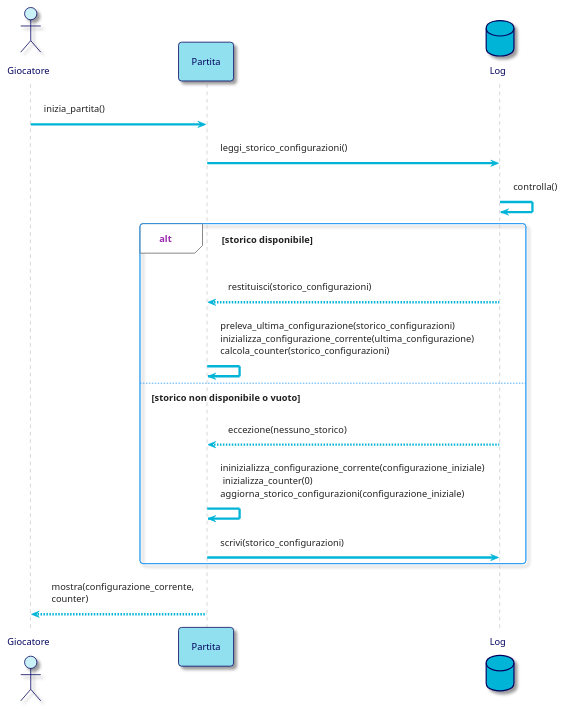
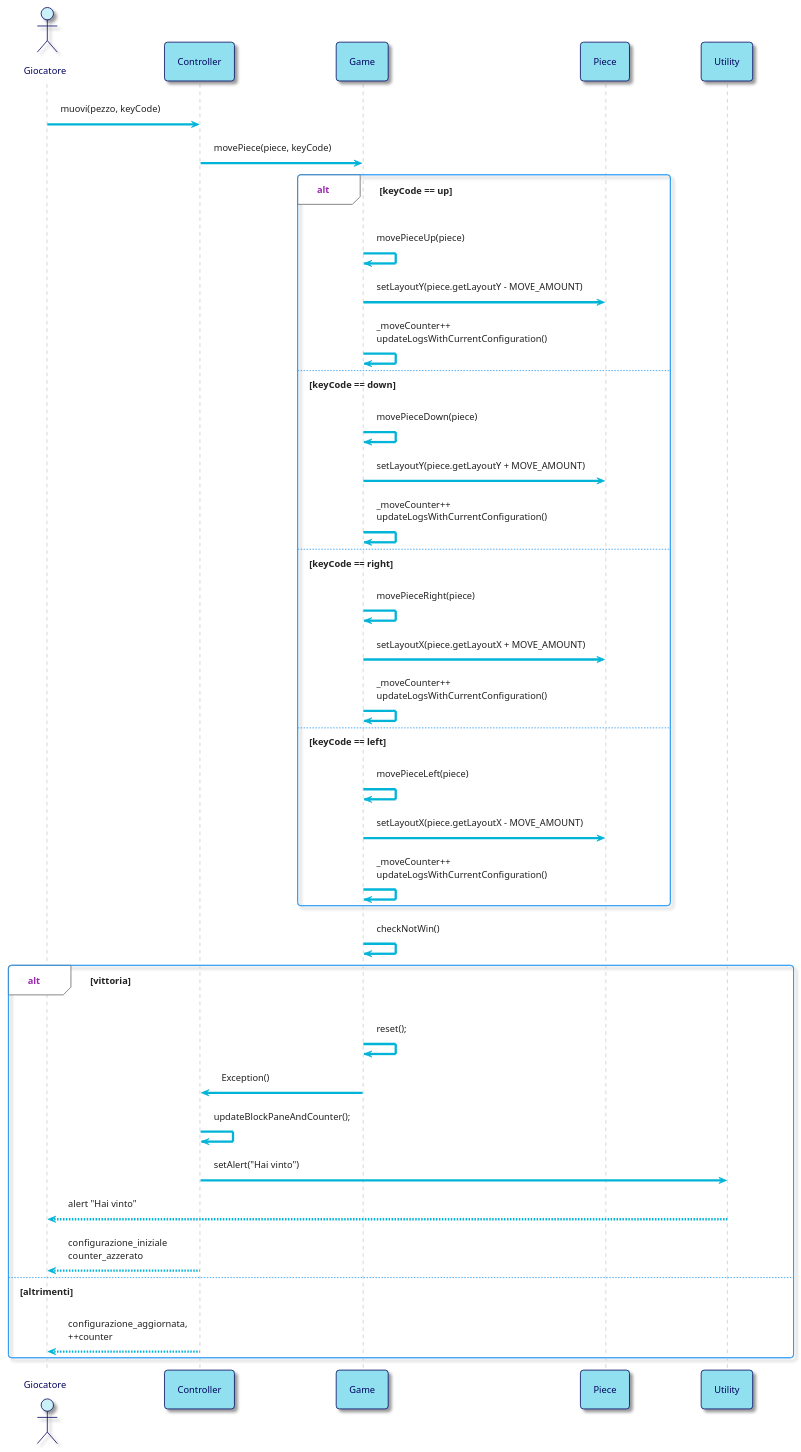
Before and after one commit to bellins14/klotski_gruppo2: the second of 7 diagrams in resources/Sequence_Diagrams.md, drawn with PlantUML. The commit also changed other lines of this file, not shown here.

````diff
--- a/resources/Sequence_Diagrams.md
+++ b/resources/Sequence_Diagrams.md
@@ -89,40 +91,70 @@
 ```plantuml
 @startuml
 !theme materia-outline
 
 skinparam ArrowColor #00B4D8
 skinparam ActorBorderColor #03045E
 skinparam ActorFontColor #03045E
 skinparam ActorBackgroundColor #CAF0F8
 skinparam ParticipantFontColor #03045E
 skinparam ParticipantBorderColor #03045E
 skinparam ParticipantBackgroundColor #90E0EF
 skinparam DatabaseBorderColor #03045E
 skinparam DatabaseBackgroundColor #00B4D8
 skinparam DatabaseFontColor #03045E
 skinparam BackgroundColor #FFFFFF
 
 actor Giocatore 
-participant Partita
-database Log
-
-Giocatore -> Partita: inizia_partita()
-
-Partita -> Log: leggi_storico_configurazioni()
-Log -> Log: controlla()
+participant Controller
+participant Game
+participant Piece
 
 
-alt storico disponibile
-    Log --> Partita: restituisci(storico_configurazioni)
-    Partita -> Partita: preleva_ultima_configurazione(storico_configurazioni) \ninizializza_configurazione_corrente(ultima_configurazione) \ncalcola_counter(storico_configurazioni)
+Giocatore -> Controller: muovi(pezzo, keyCode)
+Controller -> Game: movePiece(piece, keyCode)
+alt keyCode == up
+Game -> Game: movePieceUp(piece)
 
-else storico non disponibile o vuoto
-    Log --> Partita: eccezione(nessuno_storico)
-    Partita -> Partita: ininizializza_configurazione_corrente(configurazione_iniziale) \n inizializza_counter(0) \naggiorna_storico_configurazioni(configurazione_iniziale)
-    Partita -> Log: scrivi(storico_configurazioni)
+Game -> Piece: setLayoutY(piece.getLayoutY - MOVE_AMOUNT)
+Game -> Game: _moveCounter++ \nupdateLogsWithCurrentConfiguration()
+
+else keyCode == down 
+Game -> Game: movePieceDown(piece)
+
+Game -> Piece: setLayoutY(piece.getLayoutY + MOVE_AMOUNT)
+Game -> Game: _moveCounter++ \nupdateLogsWithCurrentConfiguration()
+
+else keyCode == right 
+Game -> Game: movePieceRight(piece)
+
+Game -> Piece: setLayoutX(piece.getLayoutX + MOVE_AMOUNT)
+Game -> Game: _moveCounter++ \nupdateLogsWithCurrentConfiguration()
+
+else keyCode == left 
+Game -> Game: movePieceLeft(piece)
+
+Game -> Piece: setLayoutX(piece.getLayoutX - MOVE_AMOUNT)
+Game -> Game: _moveCounter++ \nupdateLogsWithCurrentConfiguration()
+
 end
 
-Partita --> Giocatore: mostra(configurazione_corrente,\ncounter)
+Game -> Game: checkNotWin()
+
+alt vittoria
+Game -> Game: reset();
+Game -> Controller: Exception()
+Controller -> Controller: updateBlockPaneAndCounter();
+Controller -> Utility: setAlert("Hai vinto")
+Utility --> Giocatore: alert "Hai vinto"
+Controller-->Giocatore: configurazione_iniziale \ncounter_azzerato
+
+
+
+else altrimenti
+Controller-->Giocatore: configurazione_aggiornata,\n++counter
+end
+
+
 
 @enduml
 ```
````
